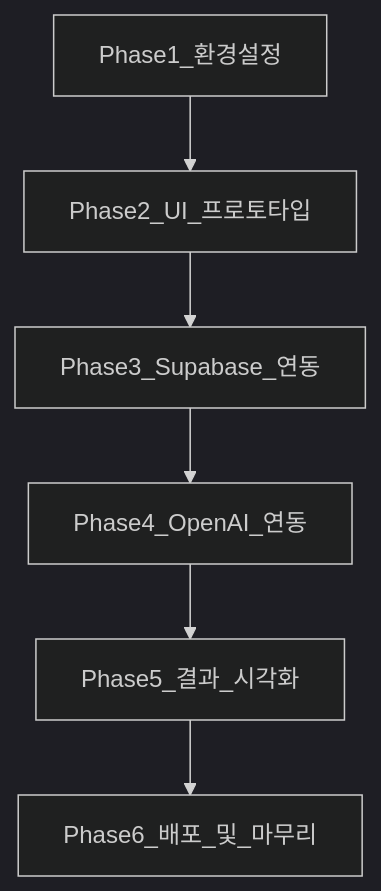
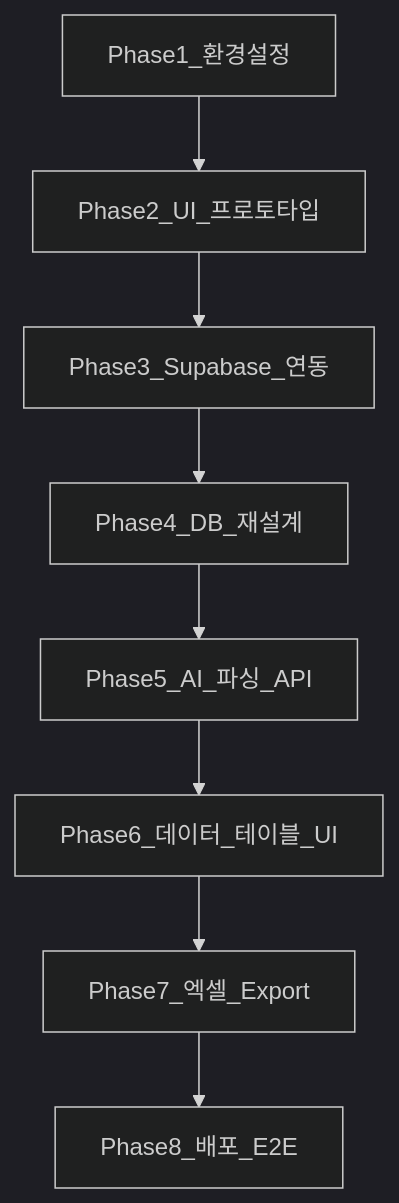
The first of 2 diagrams in docs/03_development_plan.md (DevCoreDXI76/excel-analysis), drawn with Mermaid (dark theme) before and after one commit. The commit also changed other lines of this file and 41 other files, not shown here.

````diff
--- a/docs/03_development_plan.md
+++ b/docs/03_development_plan.md
@@ -27,8 +27,10 @@
 ```mermaid
 flowchart TD
   P1[Phase1_환경설정] --> P2[Phase2_UI_프로토타입]
   P2 --> P3[Phase3_Supabase_연동]
-  P3 --> P4[Phase4_OpenAI_연동]
-  P4 --> P5[Phase5_결과_시각화]
-  P5 --> P6[Phase6_배포_및_마무리]
+  P3 --> P4[Phase4_DB_재설계]
+  P4 --> P5[Phase5_AI_파싱_API]
+  P5 --> P6[Phase6_데이터_테이블_UI]
+  P6 --> P7[Phase7_엑셀_Export]
+  P7 --> P8[Phase8_배포_E2E]
 ```
````
